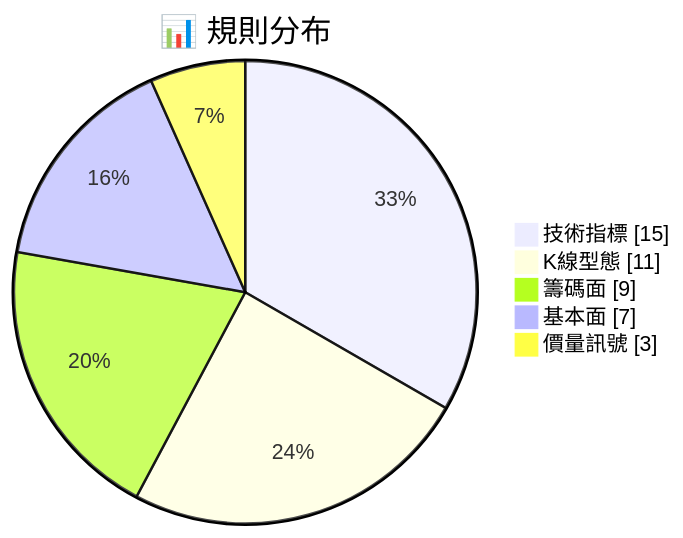
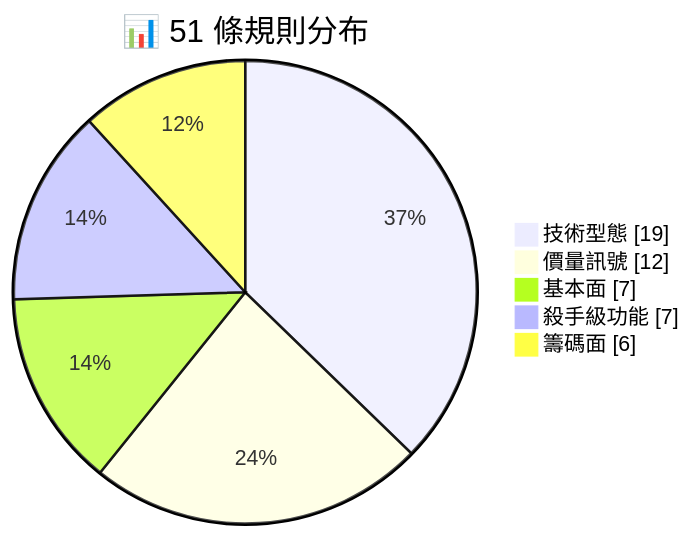
Before and after one commit to Neal75418/afterclose: the third of 3 diagrams in README.md, drawn with Mermaid. The commit also changed other lines of this file and 29 other files, not shown here.

````diff
--- a/README.md
+++ b/README.md
@@ -153,8 +139,8 @@
 ```mermaid
-pie showData title 📊 規則分布
-    "技術指標" : 15
-    "K線型態" : 11
-    "籌碼面" : 9
+pie showData title 📊 51 條規則分布
+    "技術型態" : 19
+    "價量訊號" : 12
     "基本面" : 7
-    "價量訊號" : 3
+    "殺手級功能" : 7
+    "籌碼面" : 6
 ```
````
